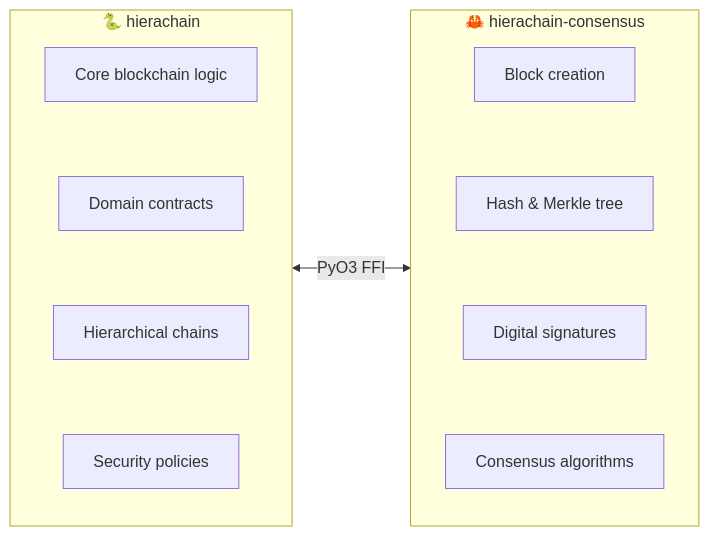
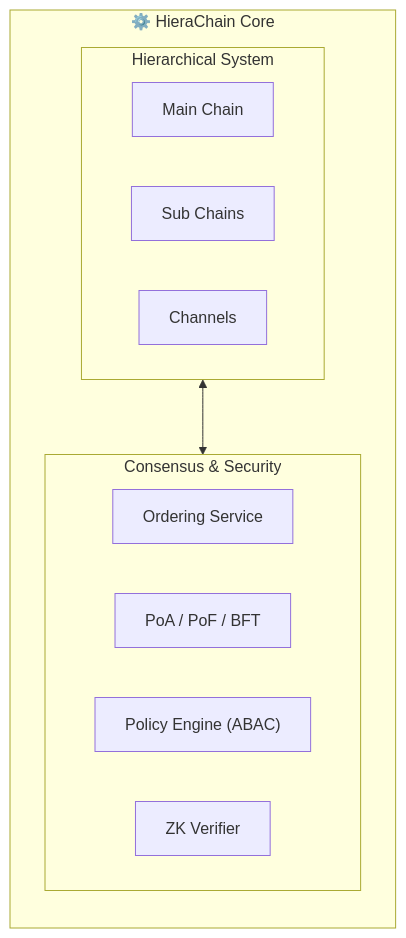
The second of 11 diagrams in docs/ARCHITECTURE.md (VanDung-dev/HieraChain), drawn with Mermaid before and after one commit. The commit also changed other lines of this file and 2 other files, not shown here.

First line of the commit message:
docs: update architecture documentation to pure Python and standardize markdown

````diff
--- a/docs/ARCHITECTURE.md
+++ b/docs/ARCHITECTURE.md
@@ -63,22 +51,20 @@
 ```mermaid
 flowchart LR
-    subgraph HP["🐍 hierachain"]
+    subgraph HieraChain_Core["⚙️ HieraChain Core"]
         direction TB
-        HP1["Core blockchain logic"]
-        HP2["Domain contracts"]
-        HP3["Hierarchical chains"]
-        HP4["Security policies"]
-        HP1~~~HP2~~~HP3~~~HP4
+        subgraph Hierarchical["Hierarchical System"]
+            H1["Main Chain"]
+            H2["Sub Chains"]
+            H3["Channels"]
+        end
+        
+        subgraph Consensus["Consensus & Security"]
+            C1["Ordering Service"]
+            C2["PoA / PoF / BFT"]
+            C3["Policy Engine (ABAC)"]
+            C4["ZK Verifier"]
+        end
+        
+        Hierarchical <--> Consensus
     end
-
-    subgraph HC["🦀 hierachain-consensus"]
-        direction TB
-        HC1["Block creation"]
-        HC2["Hash & Merkle tree"]
-        HC3["Digital signatures"]
-        HC4["Consensus algorithms"]
-        HC1~~~HC2~~~HC3~~~HC4
-    end
-
-    HP <-->|"PyO3 FFI"| HC
 ```
````
